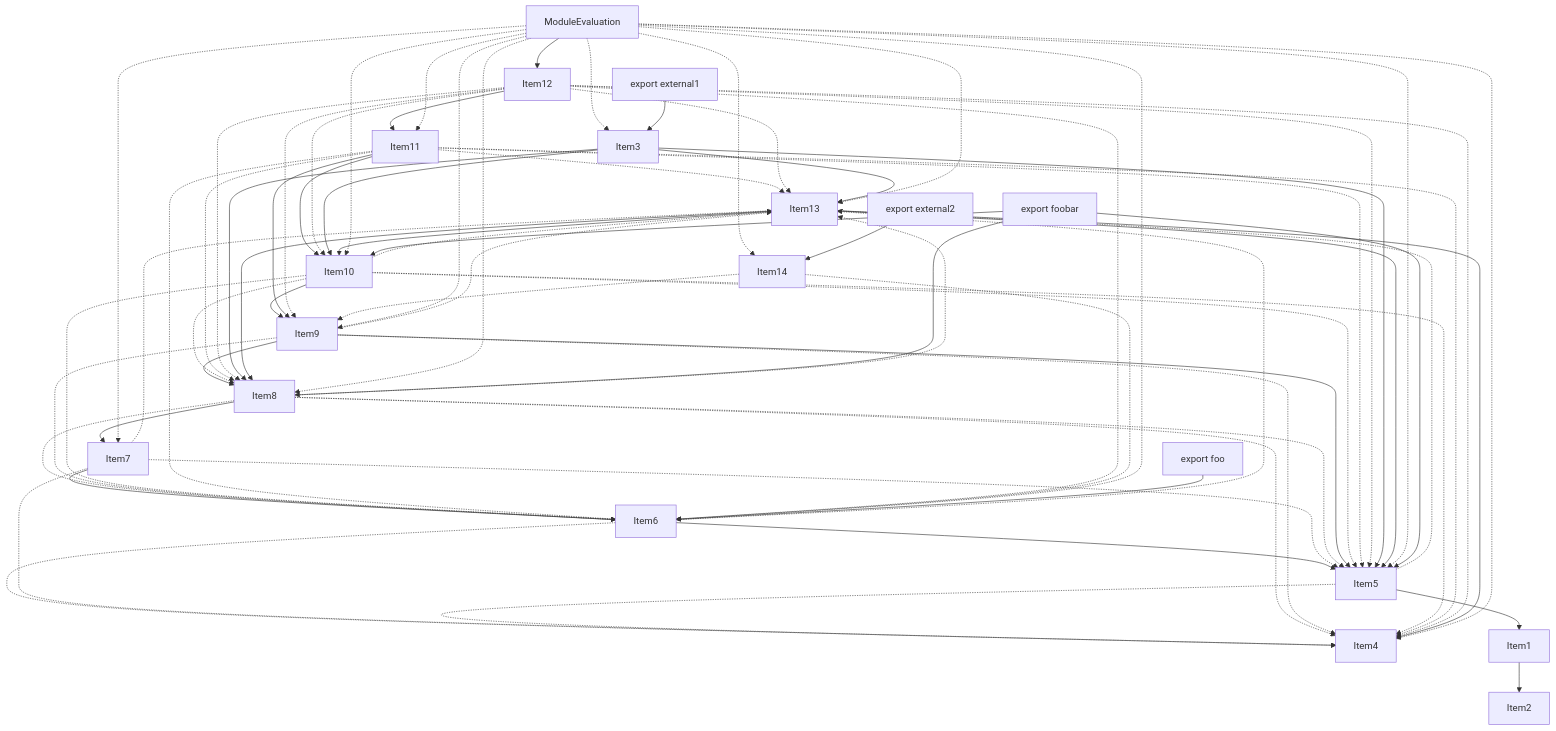
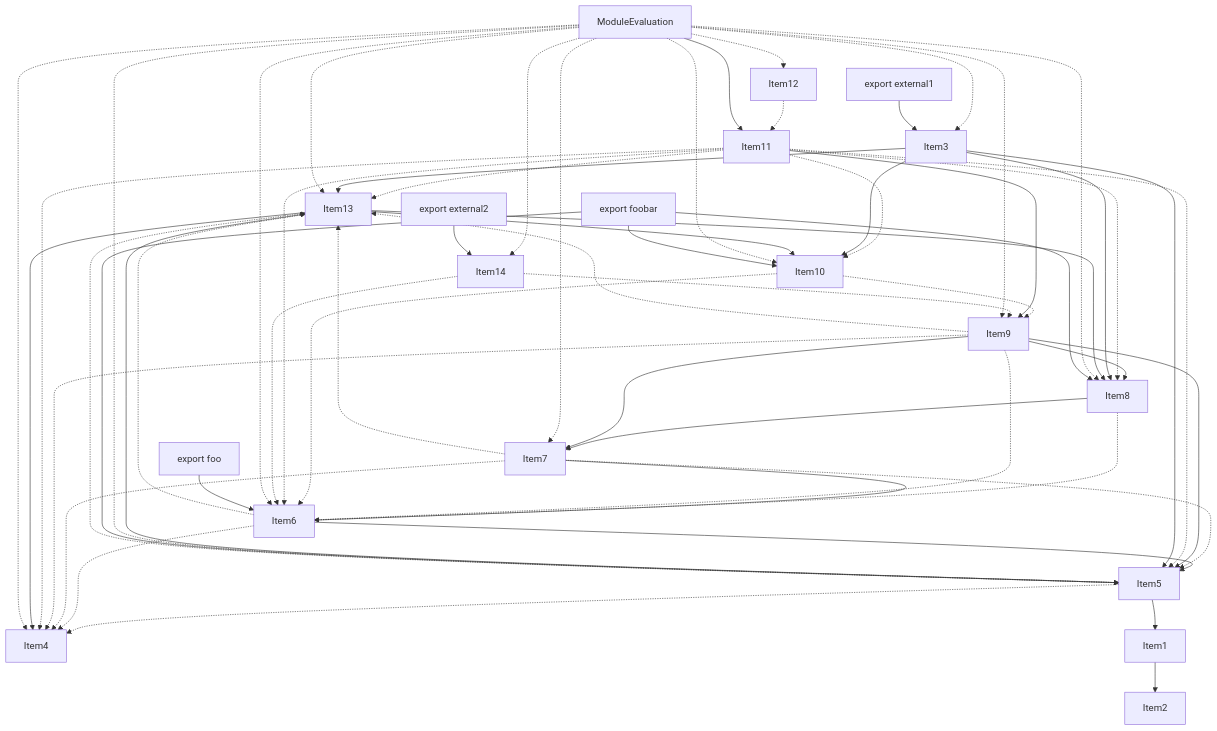
One commit to vercel/turborepo changed the fourth of 4 diagrams in crates/turbopack-ecmascript/tests/tree-shaker/analyzer/2/output.md. Above: the diagram before and after it, drawn with Mermaid. The commit also changed other lines of this file and 2 other files, not shown here.

```diff
--- a/crates/turbopack-ecmascript/tests/tree-shaker/analyzer/2/output.md
+++ b/crates/turbopack-ecmascript/tests/tree-shaker/analyzer/2/output.md
@@ -370,35 +341,22 @@
     Item7 -.-> Item4;
     Item8 --> Item7;
     Item8 -.-> Item6;
-    Item8 -.-> Item13;
-    Item8 -.-> Item5;
-    Item8 -.-> Item4;
     Item9 --> Item5;
     Item9 --> Item8;
+    Item9 --> Item7;
     Item9 -.-> Item13;
     Item9 -.-> Item6;
     Item9 -.-> Item4;
     Item10 -.-> Item6;
-    Item10 --> Item9;
-    Item10 -.-> Item13;
-    Item10 -.-> Item5;
-    Item10 -.-> Item8;
-    Item10 -.-> Item4;
+    Item10 -.-> Item9;
     Item11 --> Item9;
-    Item11 --> Item10;
     Item11 -.-> Item13;
     Item11 -.-> Item5;
     Item11 -.-> Item8;
+    Item11 -.-> Item10;
     Item11 -.-> Item6;
     Item11 -.-> Item4;
-    Item12 --> Item11;
-    Item12 -.-> Item13;
-    Item12 -.-> Item5;
-    Item12 -.-> Item8;
-    Item12 -.-> Item10;
-    Item12 -.-> Item6;
-    Item12 -.-> Item9;
-    Item12 -.-> Item4;
+    Item12 -.-> Item11;
     Item3 --> Item13;
     Item3 --> Item5;
     Item3 --> Item8;
@@ -409,9 +367,8 @@
     Item13 --> Item10;
     Item14 -.-> Item6;
     Item14 -.-> Item9;
-    Item15 --> Item12;
+    Item15 --> Item11;
     Item15 -.-> Item3;
-    Item15 -.-> Item11;
     Item15 -.-> Item4;
     Item15 -.-> Item5;
     Item15 -.-> Item8;
@@ -419,6 +376,7 @@
     Item15 -.-> Item6;
     Item15 -.-> Item9;
     Item15 -.-> Item7;
+    Item15 -.-> Item12;
     Item15 -.-> Item13;
     Item15 -.-> Item14;
     Item16 --> Item3;
```
